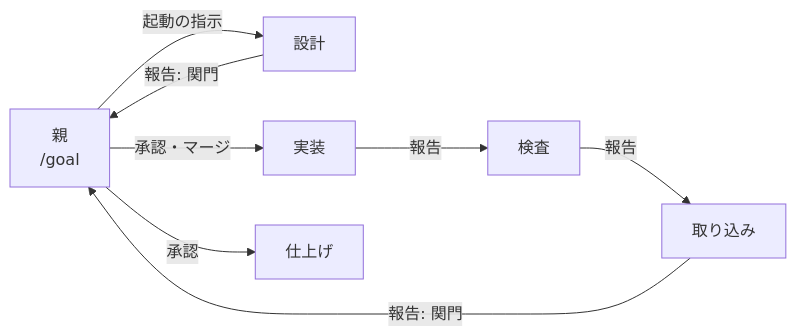
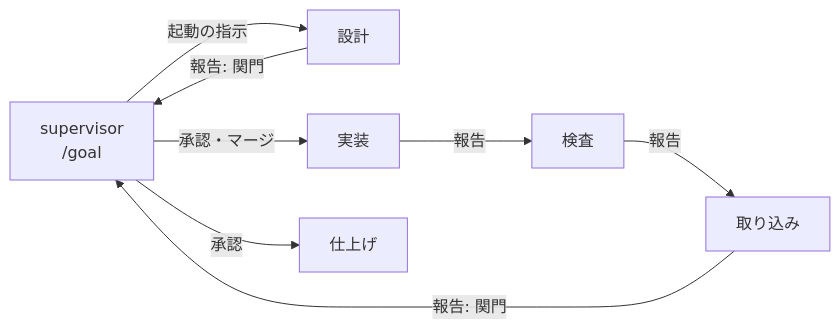
The first of 6 diagrams in issues/issue-550-657-design.md (devbasex/ai-plugins), drawn with Mermaid before and after one commit. The commit also changed other lines of this file and 2 other files, not shown here.

First line of the commit message:
Docs: 用語を supervisor / worker / context window にする（#550 #657）

````diff
--- a/issues/issue-550-657-design.md
+++ b/issues/issue-550-657-design.md
@@ -9,10 +10,10 @@
 ```mermaid
 graph LR
-    P[親<br/>/goal] -->|起動の指示| W1[設計]
+    P[supervisor<br/>/goal] -->|起動の指示| W1[設計]
     W1 -->|報告: 関門| P
     P -->|承認・マージ| W2[実装]
     W2 -->|報告| W3[検査]
     W3 -->|報告| W4[取り込み]
     W4 -->|報告: 関門| P
     P -->|承認| W5[仕上げ]
 ```
````
